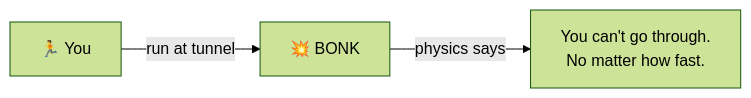
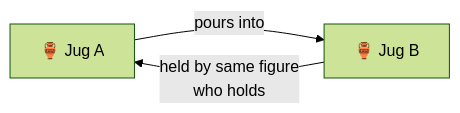
One commit to SimHacker/moollm changed the second of 2 diagrams in examples/adventure-4/street/lane-neverending/e2/README.md. Above: the diagram before and after it, drawn with Mermaid (forest theme). The commit also changed other lines of this file and 6 other files, not shown here.

````diff
--- a/examples/adventure-4/street/lane-neverending/e2/README.md
+++ b/examples/adventure-4/street/lane-neverending/e2/README.md
@@ -52,5 +27,5 @@
 ```mermaid
 flowchart LR
-    You["🏃 You"] --> |"run at tunnel"| Impact["💥 BONK"]
-    Impact --> |"physics says"| Nope["You can't go through.\nNo matter how fast."]
+    Jug1["🏺 Jug A"] --> |"pours into"| Jug2["🏺 Jug B"]
+    Jug2 --> |"held by same figure\nwho holds"| Jug1
 ```
````
